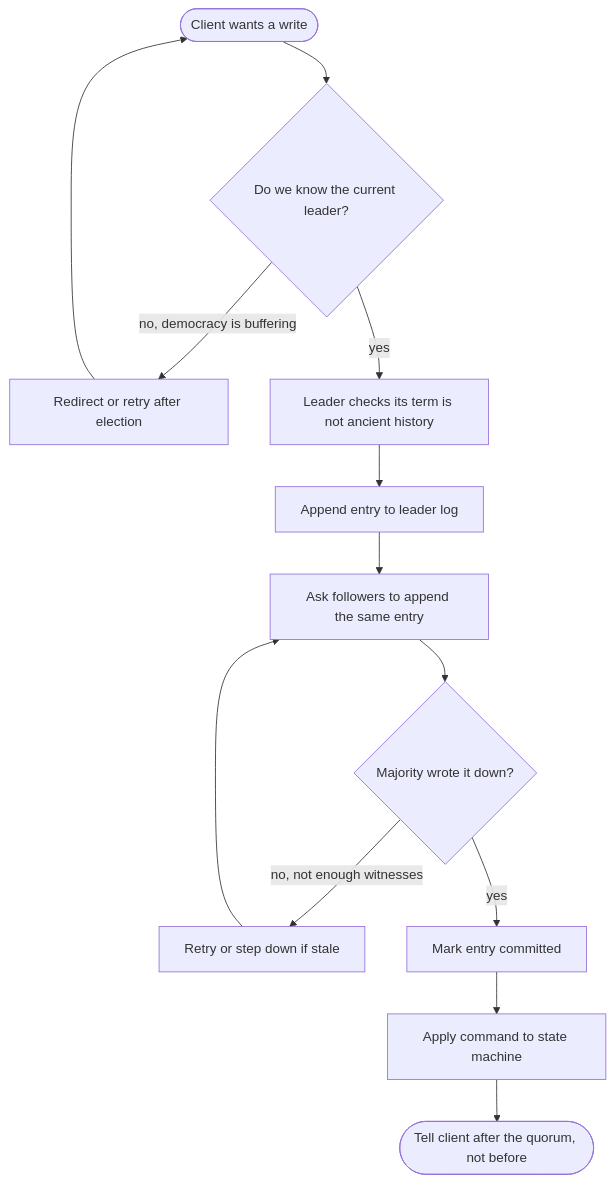
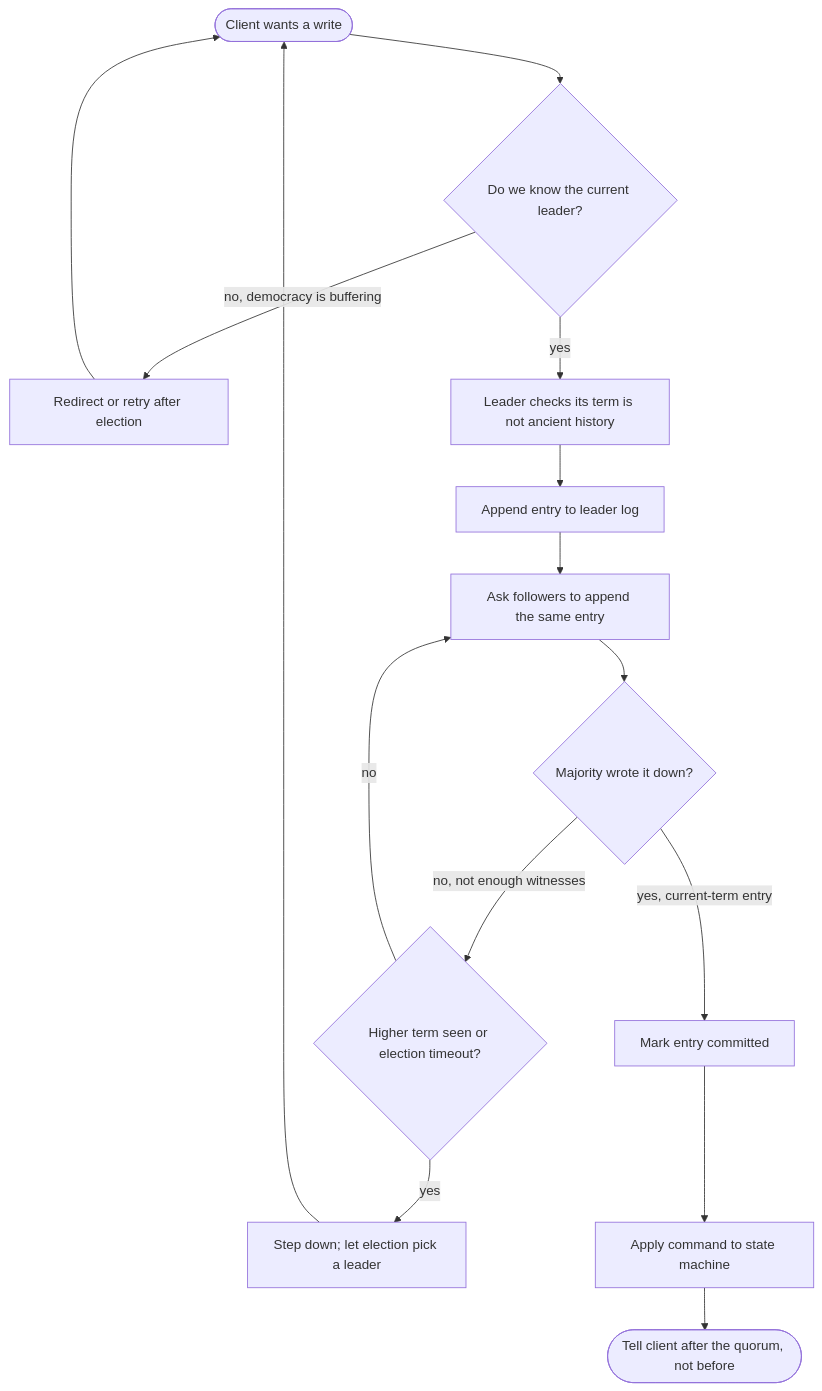
The third of 3 diagrams in src/ch05-distribution-consensus.md (P0W/System-Design), drawn with Mermaid before and after one commit. The commit also changed other lines of this file and 3 other files, not shown here.

````diff
--- a/src/ch05-distribution-consensus.md
+++ b/src/ch05-distribution-consensus.md
@@ -94,15 +94,17 @@
 ```mermaid
 flowchart TD
   Client([Client wants a write]) --> Leader{Do we know the current leader?}
   Leader -->|no, democracy is buffering| Redirect[Redirect or retry after election]
   Leader -->|yes| Term[Leader checks its term is not ancient history]
   Term --> Append[Append entry to leader log]
   Append --> Replicate[Ask followers to append the same entry]
   Replicate --> Majority{Majority wrote it down?}
-  Majority -->|no, not enough witnesses| Retry[Retry or step down if stale]
-  Retry --> Replicate
-  Majority -->|yes| Commit[Mark entry committed]
+  Majority -->|no, not enough witnesses| Stale{Higher term seen or election timeout?}
+  Stale -->|no| Replicate
+  Stale -->|yes| StepDown[Step down; let election pick a leader]
+  Majority -->|yes, current-term entry| Commit[Mark entry committed]
   Commit --> Apply[Apply command to state machine]
   Apply --> Ack([Tell client after the quorum, not before])
   Redirect --> Client
+  StepDown --> Client
 ```
````
